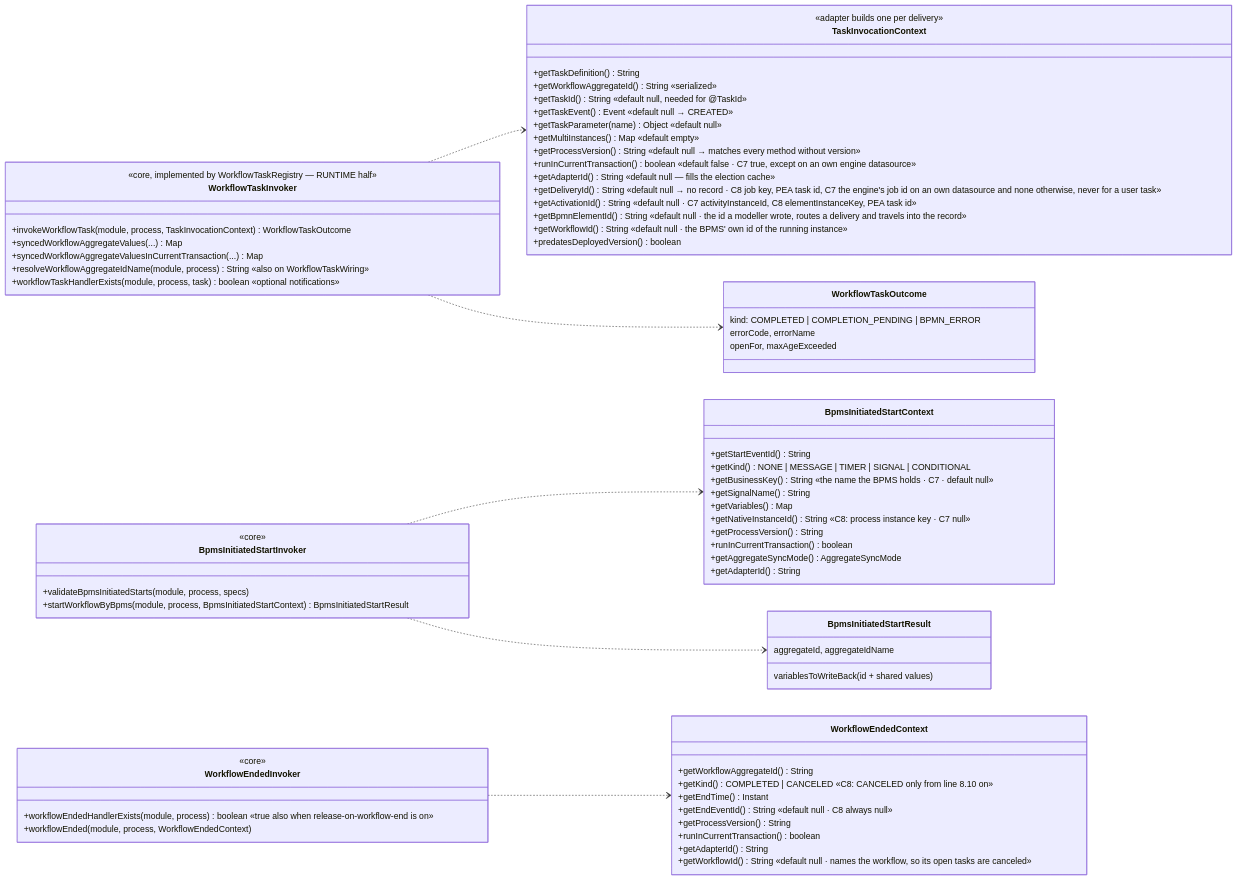
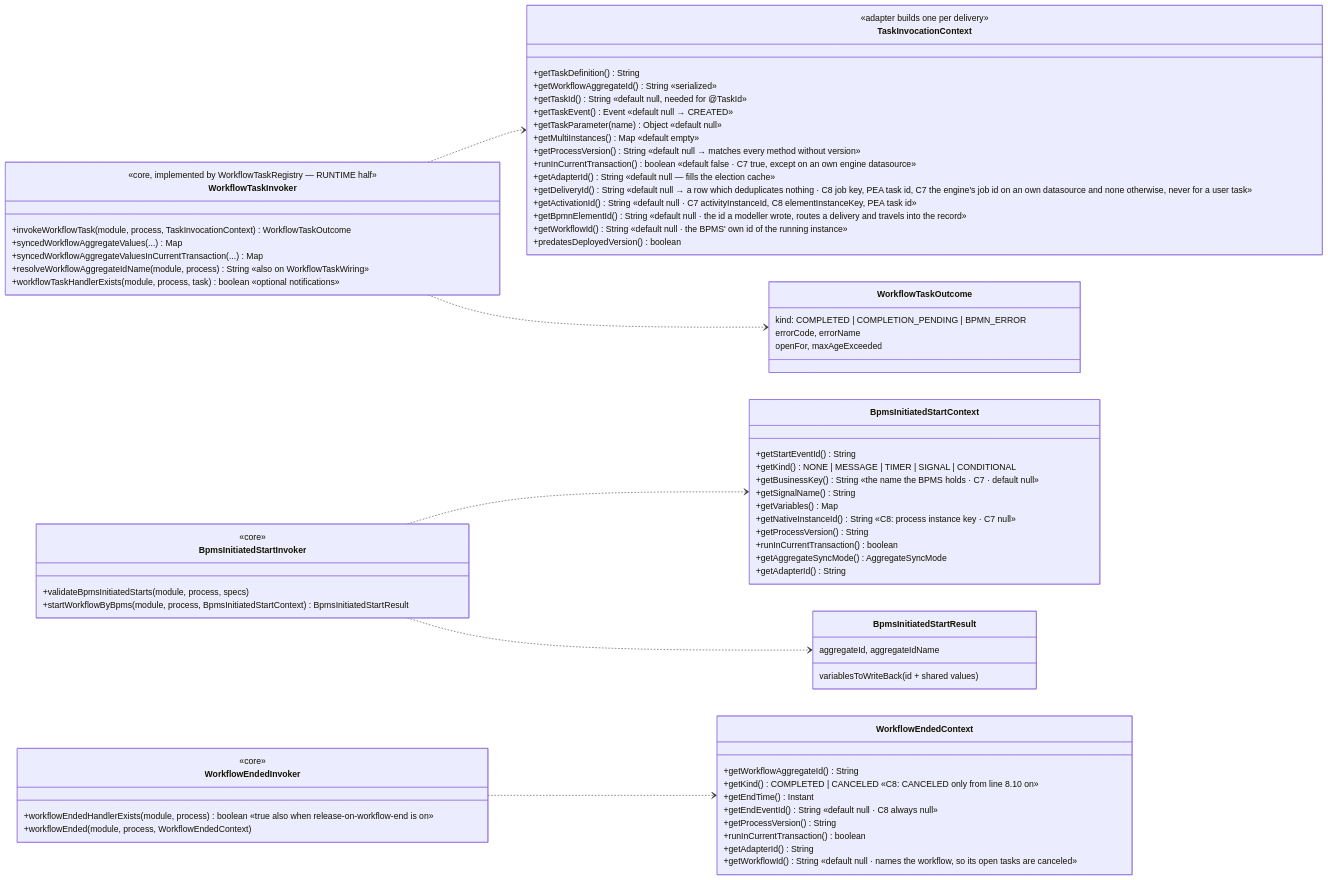
Before and after one commit to vanillabp/adapter-platform-integration: the seventh of 15 diagrams in migration-adapter/README.md, drawn with Mermaid. The commit also changed other lines of this file and 14 other files, not shown here.

````diff
--- a/migration-adapter/README.md
+++ b/migration-adapter/README.md
@@ -1045,75 +1045,75 @@
 ```mermaid
 classDiagram
   direction LR
   class WorkflowTaskInvoker {
     <<core, implemented by WorkflowTaskRegistry — RUNTIME half>>
     +invokeWorkflowTask(module, process, TaskInvocationContext) WorkflowTaskOutcome
     +syncedWorkflowAggregateValues(...) Map
     +syncedWorkflowAggregateValuesInCurrentTransaction(...) Map
     +resolveWorkflowAggregateIdName(module, process) String  «also on WorkflowTaskWiring»
     +workflowTaskHandlerExists(module, process, task) boolean  «optional notifications»
   }
   class TaskInvocationContext {
     <<adapter builds one per delivery>>
     +getTaskDefinition() String
     +getWorkflowAggregateId() String  «serialized»
     +getTaskId() String  «default null, needed for @TaskId»
     +getTaskEvent() Event  «default null → CREATED»
     +getTaskParameter(name) Object  «default null»
     +getMultiInstances() Map  «default empty»
     +getProcessVersion() String  «default null → matches every method without version»
     +runInCurrentTransaction() boolean  «default false · C7 true, except on an own engine datasource»
     +getAdapterId() String  «default null — fills the election cache»
-    +getDeliveryId() String  «default null → no record · C8 job key, PEA task id, C7 the engine's job id on an own datasource and none otherwise, never for a user task»
+    +getDeliveryId() String  «default null → a row which deduplicates nothing · C8 job key, PEA task id, C7 the engine's job id on an own datasource and none otherwise, never for a user task»
     +getActivationId() String  «default null · C7 activityInstanceId, C8 elementInstanceKey, PEA task id»
     +getBpmnElementId() String  «default null · the id a modeller wrote, routes a delivery and travels into the record»
     +getWorkflowId() String  «default null · the BPMS' own id of the running instance»
     +predatesDeployedVersion() boolean
   }
   class WorkflowTaskOutcome {
     kind: COMPLETED | COMPLETION_PENDING | BPMN_ERROR
     errorCode, errorName
     openFor, maxAgeExceeded
   }
   class BpmsInitiatedStartInvoker {
     <<core>>
     +validateBpmsInitiatedStarts(module, process, specs)
     +startWorkflowByBpms(module, process, BpmsInitiatedStartContext) BpmsInitiatedStartResult
   }
   class BpmsInitiatedStartContext {
     +getStartEventId() String
     +getKind() NONE | MESSAGE | TIMER | SIGNAL | CONDITIONAL
     +getBusinessKey() String  «the name the BPMS holds · C7 · default null»
     +getSignalName() String
     +getVariables() Map
     +getNativeInstanceId() String  «C8: process instance key · C7 null»
     +getProcessVersion() String
     +runInCurrentTransaction() boolean
     +getAggregateSyncMode() AggregateSyncMode
     +getAdapterId() String
   }
   class BpmsInitiatedStartResult {
     aggregateId, aggregateIdName
     variablesToWriteBack (id + shared values)
   }
   class WorkflowEndedInvoker {
     <<core>>
     +workflowEndedHandlerExists(module, process) boolean  «true also when release-on-workflow-end is on»
     +workflowEnded(module, process, WorkflowEndedContext)
   }
   class WorkflowEndedContext {
     +getWorkflowAggregateId() String
     +getKind() COMPLETED | CANCELED  «C8: CANCELED only from line 8.10 on»
     +getEndTime() Instant
     +getEndEventId() String  «default null · C8 always null»
     +getProcessVersion() String
     +runInCurrentTransaction() boolean
     +getAdapterId() String
     +getWorkflowId() String  «default null · names the workflow, so its open tasks are canceled»
   }
   WorkflowTaskInvoker ..> TaskInvocationContext
   WorkflowTaskInvoker ..> WorkflowTaskOutcome
   BpmsInitiatedStartInvoker ..> BpmsInitiatedStartContext
   BpmsInitiatedStartInvoker ..> BpmsInitiatedStartResult
   WorkflowEndedInvoker ..> WorkflowEndedContext
 ```
````
